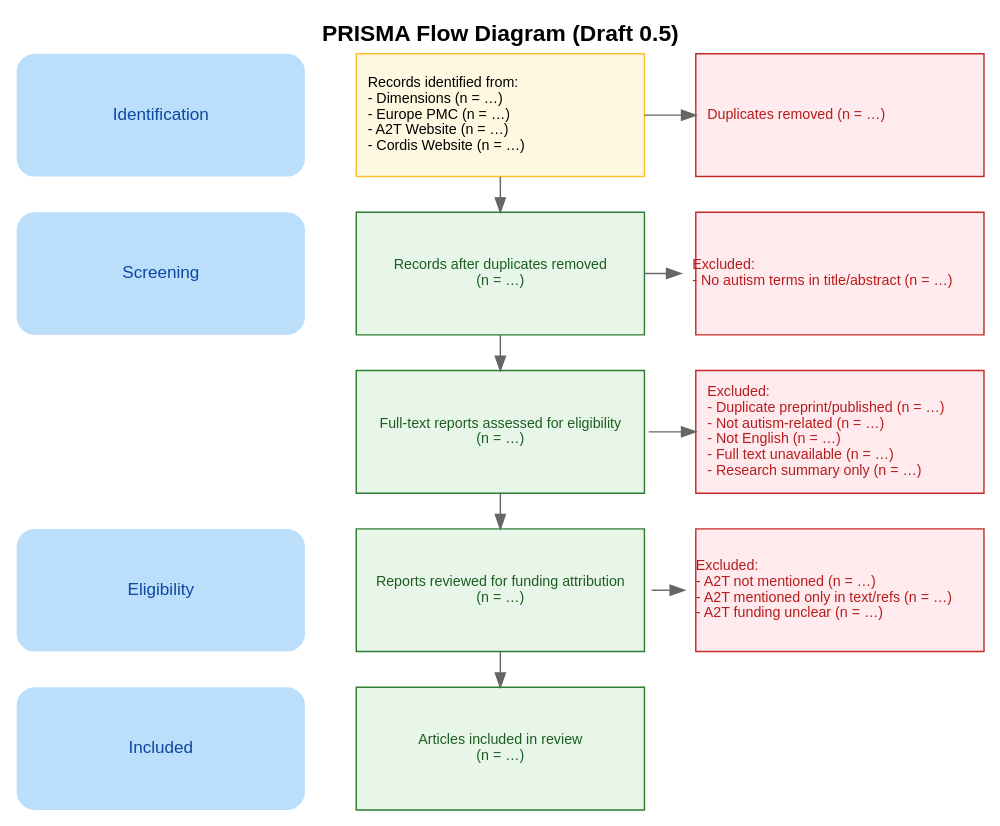
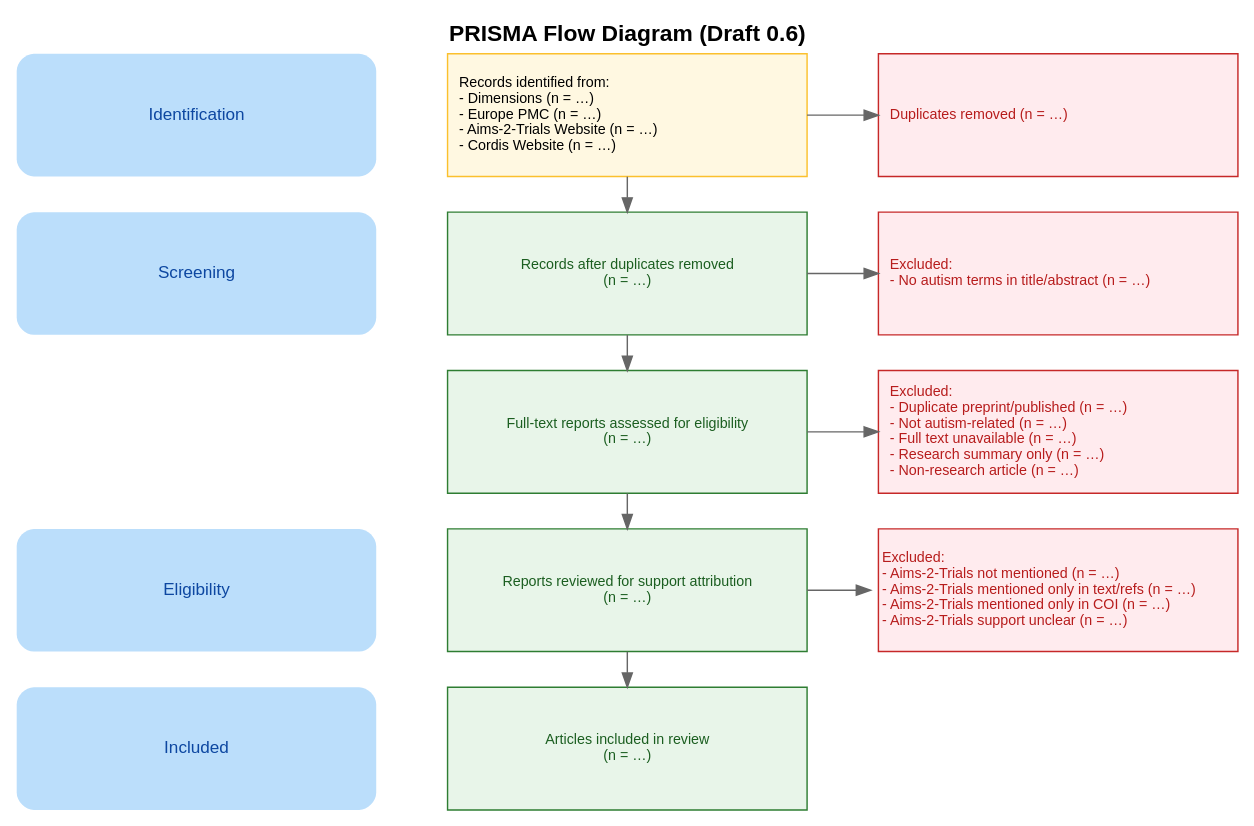
One commit to cedric-detienne/Autistic-participatory-metrics changed the diagram in corpus/AIMS-2-TRIALS/protocol/prisma_diagram/prisma_diagram.dot. Above: the diagram before and after it, drawn with Graphviz.

```diff
--- a/corpus/AIMS-2-TRIALS/protocol/prisma_diagram/prisma_diagram.dot
+++ b/corpus/AIMS-2-TRIALS/protocol/prisma_diagram/prisma_diagram.dot
@@ -1,60 +1,64 @@
+/* TIPS ── How to export this .dot file as SVG ────────────────────────────────
+   dot -Tsvg prisma_diagram.dot -o prisma_diagram.svg
+*/
+
 digraph PRISMA2020 {
   /* ── Global settings ─────────────────────────────────────────────── */
   rankdir = TB
   labelloc = "t"
-  label = "PRISMA Flow Diagram (Draft 0.5)"
+  label = "PRISMA Flow Diagram (Draft 0.6)"
   fontsize = 16
   fontname = "Helvetica-Bold"
 
-  nodesep = 0.5
+  nodesep = 0.7
   ranksep = 0.35
 
-  node [shape=box, fontname="Helvetica", fontsize=10, style=filled, width=2.8, fixedsize=true, height=1.2]
+  node [shape=box, fontname="Helvetica", fontsize=10, style=filled, width=3.5, fixedsize=true, height=1.2]
   edge [color=gray40]
 
   /* ── Main flow nodes (green) ─────────────────────────────────────── */
-  R1  [label="Records identified from:\l- Dimensions (n = …)\l- Europe PMC (n = …)\l- A2T Website (n = …)\l- Cordis Website (n = …)\l", fillcolor="#fff8e1", color="#fbc02d"];
+  R1  [label="Records identified from:\l- Dimensions (n = …)\l- Europe PMC (n = …)\l- Aims-2-Trials Website (n = …)\l- Cordis Website (n = …)\l", fillcolor="#fff8e1", color="#fbc02d"];
   R2  [label="Records after duplicates removed\n(n = …)",                    fillcolor="#e8f5e9", color="#2e7d32", fontcolor="#1b5e20"];
   R3  [label="Full‑text reports assessed for eligibility\n(n = …)",          fillcolor="#e8f5e9", color="#2e7d32", fontcolor="#1b5e20"];
-  R4  [label="Reports reviewed for funding attribution\n(n = …)",                   fillcolor="#e8f5e9", color="#2e7d32", fontcolor="#1b5e20"];
+  R4  [label="Reports reviewed for support attribution\n(n = …)",                   fillcolor="#e8f5e9", color="#2e7d32", fontcolor="#1b5e20"];
   R5  [label="Articles included in review\n(n = …)",                         fillcolor="#e8f5e9", color="#2e7d32", fontcolor="#1b5e20"];
 
   /* ── Exclusion blocks (red) ──────────────────────────────────────── */
   X1 [label="Duplicates removed (n = …)\l",                                       fillcolor="#ffebee", color="#c62828", fontcolor="#b71c1c"];
   X2 [label="Excluded:\l- No autism terms in title/abstract (n = …)\l",          fillcolor="#ffebee", color="#c62828", fontcolor="#b71c1c"];
-  X3 [label="Excluded:\l- Duplicate preprint/published (n = …)\l- Not autism‑related (n = …)\l- Not English (n = …)\l- Full text unavailable (n = …)\l- Research summary only (n = …)\l", fillcolor="#ffebee", color="#c62828", fontcolor="#b71c1c"];
-  X4 [label="Excluded:\l- A2T not mentioned (n = …)\l- A2T mentioned only in text/refs (n = …)\l- A2T funding unclear (n = …)\l", fillcolor="#ffebee", color="#c62828", fontcolor="#b71c1c"];
+  X3 [label="Excluded:\l- Duplicate preprint/published (n = …)\l- Not autism-related (n = …)\l- Full text unavailable (n = …)\l- Research summary only (n = …)\l- Non-research article (n = …)\l", fillcolor="#ffebee", color="#c62828", fontcolor="#b71c1c"];
+  X4 [label="Excluded:\l- Aims-2-Trials not mentioned (n = …)\l- Aims-2-Trials mentioned only in text/refs (n = …)\l- Aims-2-Trials mentioned only in COI (n = …)\l- Aims-2-Trials support unclear (n = …)\l", fillcolor="#ffebee", color="#c62828", fontcolor="#b71c1c"];
 
   /* ── Phase labels (blue, plaintext) ─────────────────────────────── */
   node [shape=plaintext, fontname="Helvetica", fontsize=12,
         fillcolor="#bbdefb", style="rounded,filled", color="#0d47a1", fontcolor="#0d47a1"]
   L1 [label="Identification"];
   L2 [label="Screening"];
   L3 [label="Eligibility"];
   L4 [label="Included"];
 
   /* ── Rank alignments ─────────────────────────────────────────────── */
   { rank=same; L1; R1; X1 }
   { rank=same;  L2;    R2; X2 }
   { rank=same;    R3; X3 }
   { rank=same; L3;   R4; X4 }
   { rank=same; L4;   R5 }
 
   /* ── Main flow arrows ───────────────────────────────────────────── */
   R1 -> R2
   R2 -> R3
   R3 -> R4
   R4 -> R5
 
   /* ── Exclusion arrows (visible) ─────────────────────────────────── */
   R1:e -> X1:w
   R2:e -> X2:w
   R3:e -> X3:w
   R4:e -> X4:w
 
   /* ── Invisible edges to align phase labels ──────────────────────── */
   L1 -> R1 [style=invis]
   L2 -> R2 [style=invis]
   L3 -> R4 [style=invis]
   L4 -> R5 [style=invis]
 }
```
